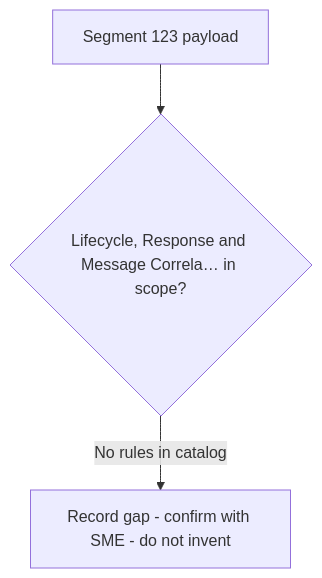
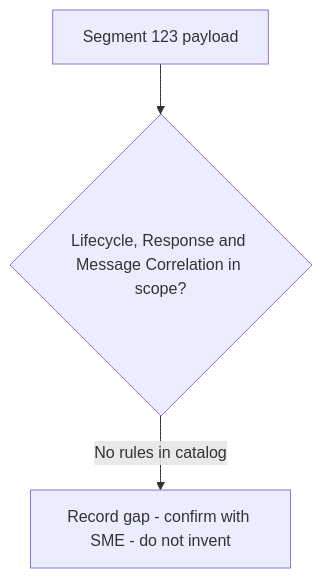
Before and after one commit to DhanSingh-hub/core-auth-ai-validation-framework: the diagram in regression-artifact-validator/specifications/ATL105/docs/specs/kb/segment-123/lifecycle-response-correlation-flow.md, drawn with Mermaid. The commit also changed 150 other files, not shown here.

````diff
--- a/regression-artifact-validator/specifications/ATL105/docs/specs/kb/segment-123/lifecycle-response-correlation-flow.md
+++ b/regression-artifact-validator/specifications/ATL105/docs/specs/kb/segment-123/lifecycle-response-correlation-flow.md
@@ -3,5 +3,5 @@
 ```mermaid
 flowchart TD
-    A[Segment 123 payload] --> B{Lifecycle, Response and Message Correla… in scope?}
+    A[Segment 123 payload] --> B{Lifecycle, Response and Message Correlation in scope?}
     B -->|No rules in catalog| G[Record gap - confirm with SME - do not invent]
 ```
````
